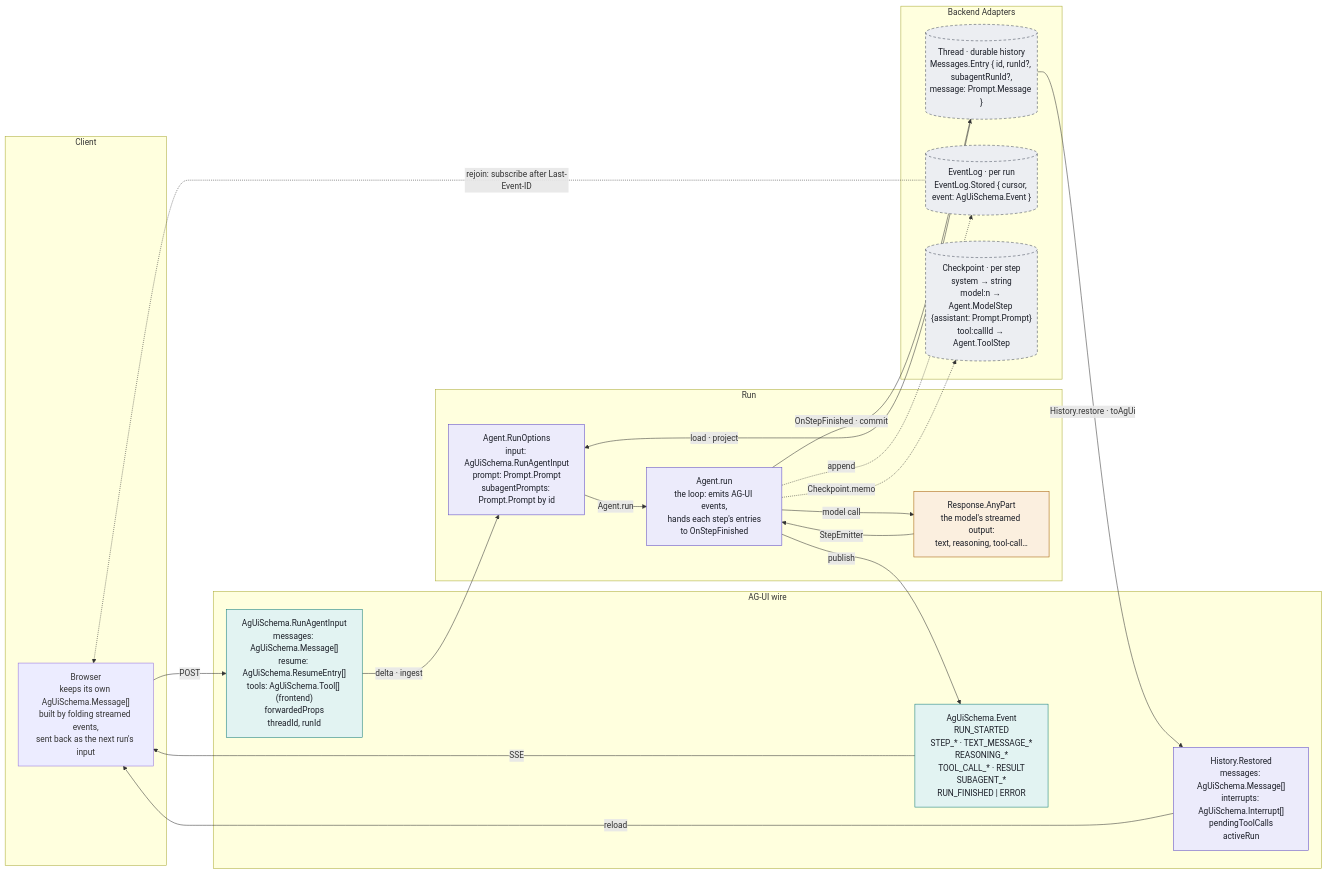
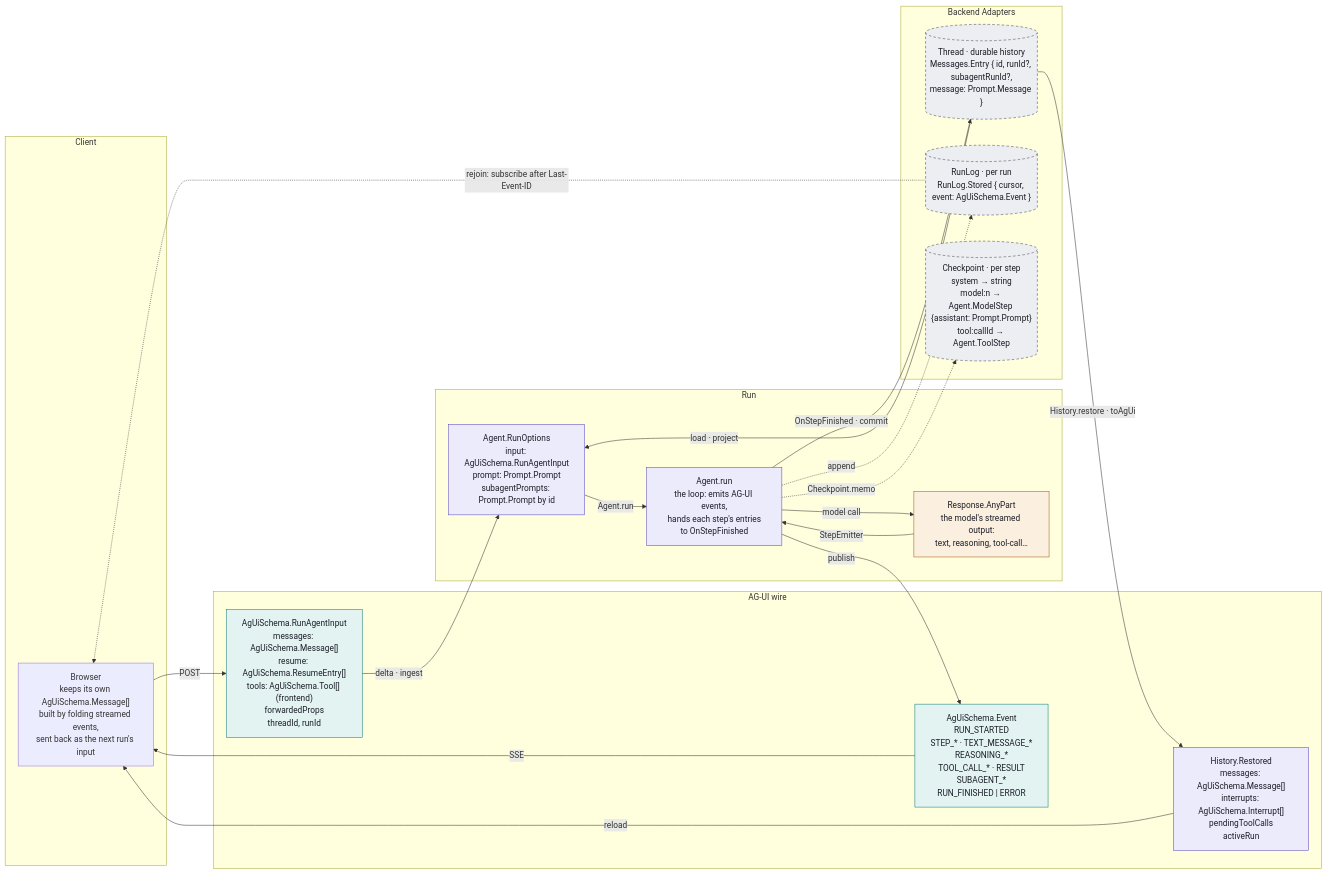
One commit to jasonblanchard/effect-agent-harness changed the diagram in docs/architecture.md. Above: the diagram before and after it, drawn with Mermaid. The commit also changed other lines of this file and 27 other files, not shown here.

Commit message:
EventLog => RunLog

````diff
--- a/docs/architecture.md
+++ b/docs/architecture.md
@@ -20,45 +20,45 @@
 ```mermaid
 flowchart LR
   subgraph Client
     B["Browser<br/>keeps its own AgUiSchema.Message[]<br/>built by folding streamed events,<br/>sent back as the next run's input"]
   end
   subgraph Wire["AG-UI wire"]
     RAI["AgUiSchema.RunAgentInput<br/>messages: AgUiSchema.Message[]<br/>resume: AgUiSchema.ResumeEntry[]<br/>tools: AgUiSchema.Tool[] (frontend)<br/>forwardedProps<br/>threadId, runId"]
     EV["AgUiSchema.Event<br/>RUN_STARTED<br/>STEP_* · TEXT_MESSAGE_*<br/>REASONING_*<br/>TOOL_CALL_* · RESULT<br/>SUBAGENT_*<br/>RUN_FINISHED | ERROR"]
     RES["History.Restored<br/>messages: AgUiSchema.Message[]<br/>interrupts: AgUiSchema.Interrupt[]<br/>pendingToolCalls<br/>activeRun"]
   end
   subgraph Run
     RI["Agent.RunOptions<br/>input: AgUiSchema.RunAgentInput<br/>prompt: Prompt.Prompt<br/>subagentPrompts: Prompt.Prompt by id"]
     RP["Response.AnyPart<br/>the model's streamed output:<br/>text, reasoning, tool-call…"]
     AE["Agent.run<br/>the loop: emits AG-UI events,<br/>hands each step's entries<br/>to OnStepFinished"]
   end
   subgraph Backend Adapters
     TH[("Thread · durable history<br/>Messages.Entry { id, runId?, subagentRunId?,<br/>message: Prompt.Message }")]
-    EL[("EventLog · per run<br/>EventLog.Stored { cursor, event: AgUiSchema.Event }")]
+    EL[("RunLog · per run<br/>RunLog.Stored { cursor, event: AgUiSchema.Event }")]
     CP[("Checkpoint · per step<br/>system → string<br/>model:n → Agent.ModelStep {assistant: Prompt.Prompt}<br/>tool:callId → Agent.ToolStep")]
   end
 
   B -->|"POST"| RAI
   RAI -->|"delta · ingest"| RI
   TH -->|"load · project"| RI
   RI -->|"Agent.run"| AE
   AE -->|"model call"| RP
   RP -->|"StepEmitter"| AE
   AE -->|"publish"| EV
   EV -->|"SSE"| B
   AE -->|"OnStepFinished · commit"| TH
   AE -.->|"append"| EL
   AE -.->|"Checkpoint.memo"| CP
   TH -->|"History.restore · toAgUi"| RES
   RES -->|"reload"| B
   EL -.->|"rejoin: subscribe after Last-Event-ID"| B
 
   classDef wire fill:#e2f3f2,stroke:#0f7a78,color:#1b1e27
   classDef model fill:#fbefdf,stroke:#a35a00,color:#1b1e27
   classDef own fill:#ecebfb,stroke:#5a45c4,color:#1b1e27
   classDef store fill:#eceef2,stroke:#3d4454,stroke-dasharray:5 4,color:#1b1e27
   class RAI,EV wire
   class RP model
   class RES,RI,AE own
   class TH,EL,CP store
 ```
````
